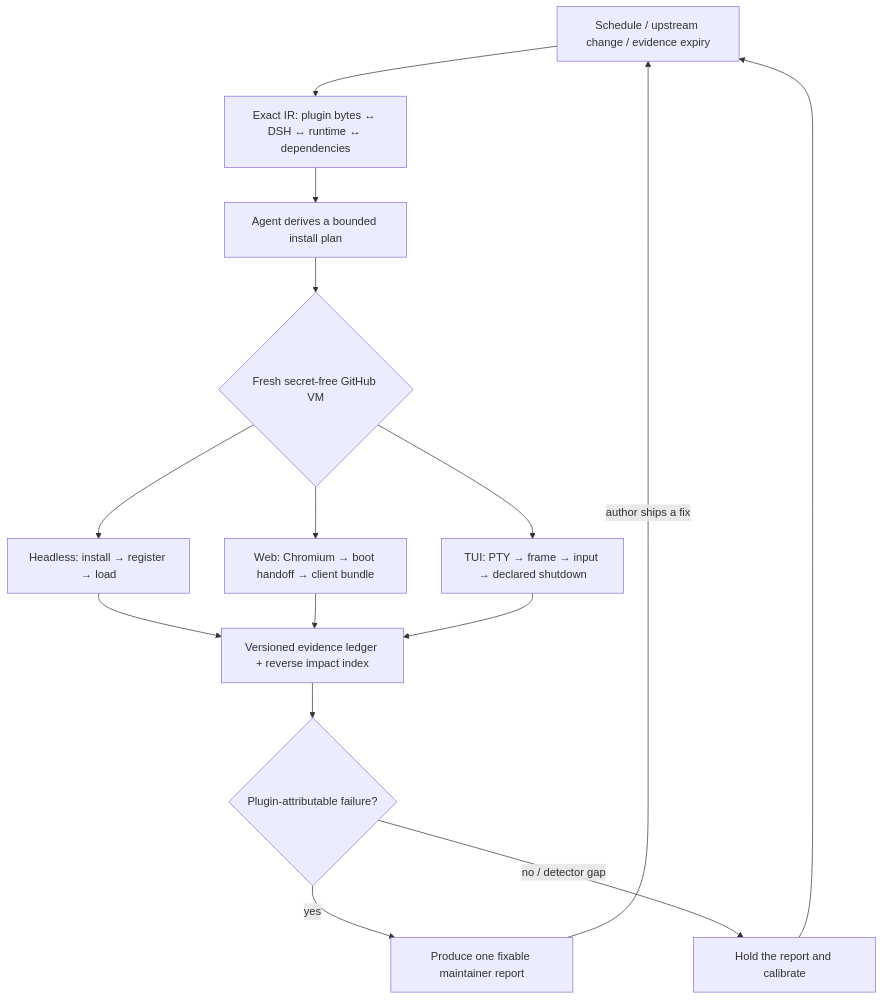
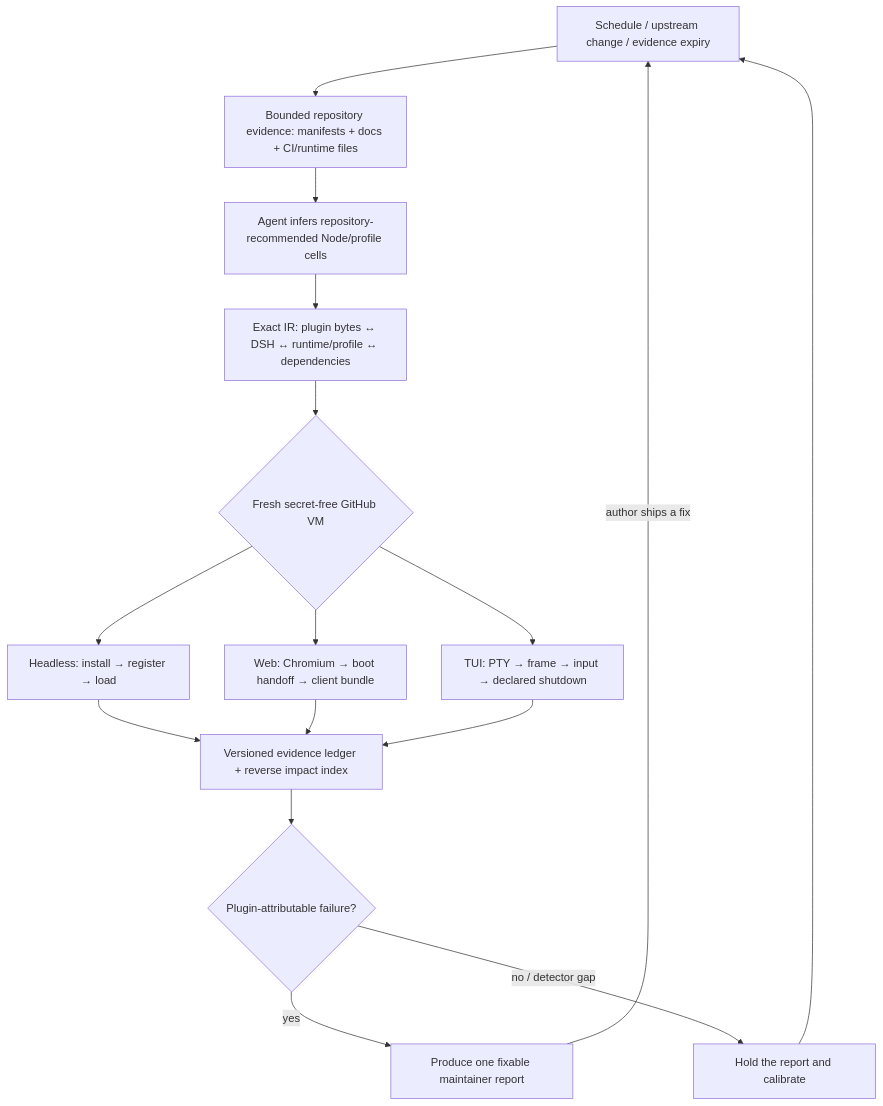
The diagram in README.md (MicroMilo/upstream-radar), drawn with Mermaid before and after one commit. The commit also changed other lines of this file and 59 other files, not shown here.

First line of the commit message:
WIP: validate environment-first DSH plugin review

````diff
--- a/README.md
+++ b/README.md
@@ -55,17 +61,18 @@
 ```mermaid
 flowchart TB
-  Trigger["Schedule / upstream change / evidence expiry"] --> IR["Exact IR: plugin bytes ↔ DSH ↔ runtime ↔ dependencies"]
-  IR --> Agent["Agent derives a bounded install plan"]
-  Agent --> VM{"Fresh secret-free GitHub VM"}
+  Trigger["Schedule / upstream change / evidence expiry"] --> Intent["Bounded repository evidence: manifests + docs + CI/runtime files"]
+  Intent --> Agent["Agent infers repository-recommended Node/profile cells"]
+  Agent --> IR["Exact IR: plugin bytes ↔ DSH ↔ runtime/profile ↔ dependencies"]
+  IR --> VM{"Fresh secret-free GitHub VM"}
   VM --> Headless["Headless: install → register → load"]
   VM --> Web["Web: Chromium → boot handoff → client bundle"]
   VM --> TUI["TUI: PTY → frame → input → declared shutdown"]
   Headless --> Ledger["Versioned evidence ledger + reverse impact index"]
   Web --> Ledger
   TUI --> Ledger
   Ledger --> Decision{"Plugin-attributable failure?"}
   Decision -->|"yes"| Issue["Produce one fixable maintainer report"]
   Decision -->|"no / detector gap"| Hold["Hold the report and calibrate"]
   Issue -->|"author ships a fix"| Trigger
   Hold --> Trigger
 ```
````
